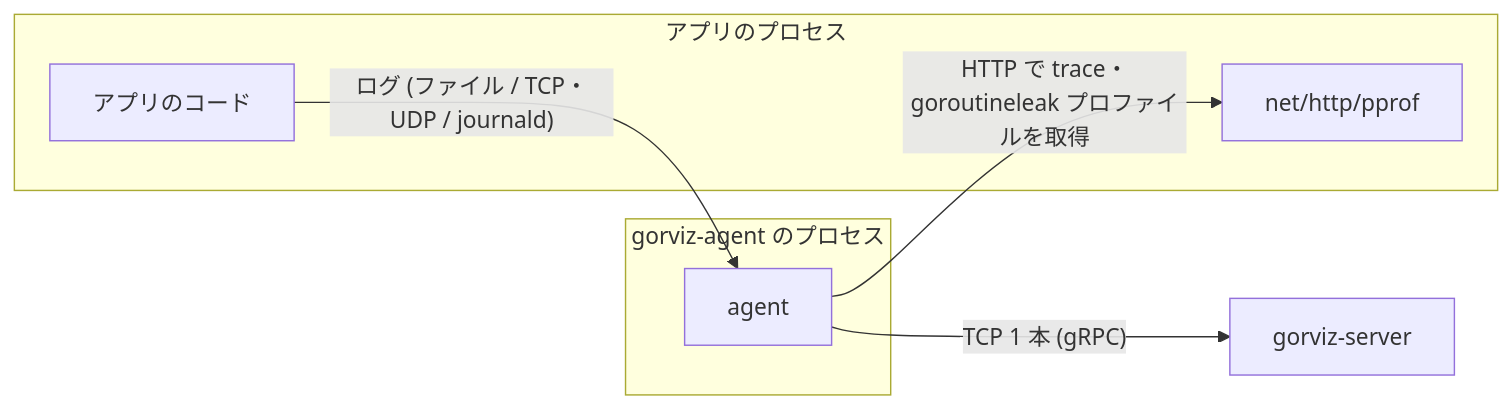
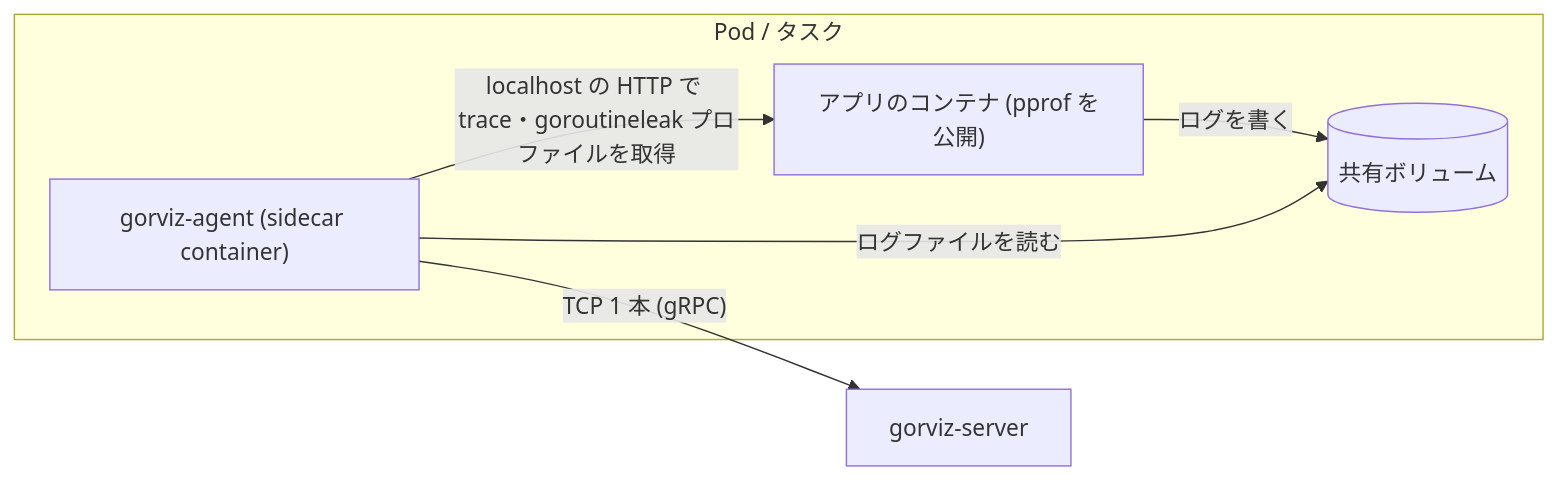
One commit to kakkky/gorviz changed the third of 5 diagrams in docs/design.md. Above: the diagram before and after it, drawn with Mermaid. The commit also changed other lines of this file, not shown here.

````diff
--- a/docs/design.md
+++ b/docs/design.md
@@ -105,15 +136,14 @@
 ```mermaid
 flowchart LR
-    subgraph appproc["アプリのプロセス"]
-        app["アプリのコード"]
-        pprof["net/http/pprof"]
-    end
-    subgraph agentproc["gorviz-agent のプロセス"]
-        agent["agent"]
+    subgraph pod["Pod / タスク"]
+        app["アプリのコンテナ (pprof を公開)"]
+        vol[("共有ボリューム")]
+        agent["gorviz-agent (sidecar container)"]
     end
     server["gorviz-server"]
 
-    agent -->|"HTTP で trace・goroutineleak プロファイルを取得"| pprof
-    app -->|"ログ (ファイル / TCP・UDP / journald)"| agent
+    agent -->|"localhost の HTTP で trace・goroutineleak プロファイルを取得"| app
+    app -->|"ログを書く"| vol
+    agent -->|"ログファイルを読む"| vol
     agent -->|"TCP 1 本 (gRPC)"| server
 ```
````
